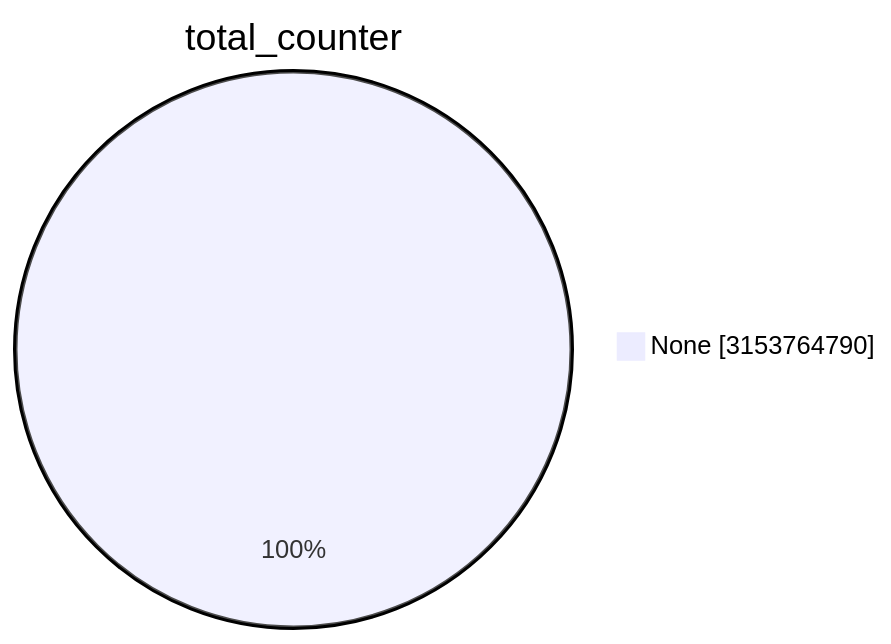
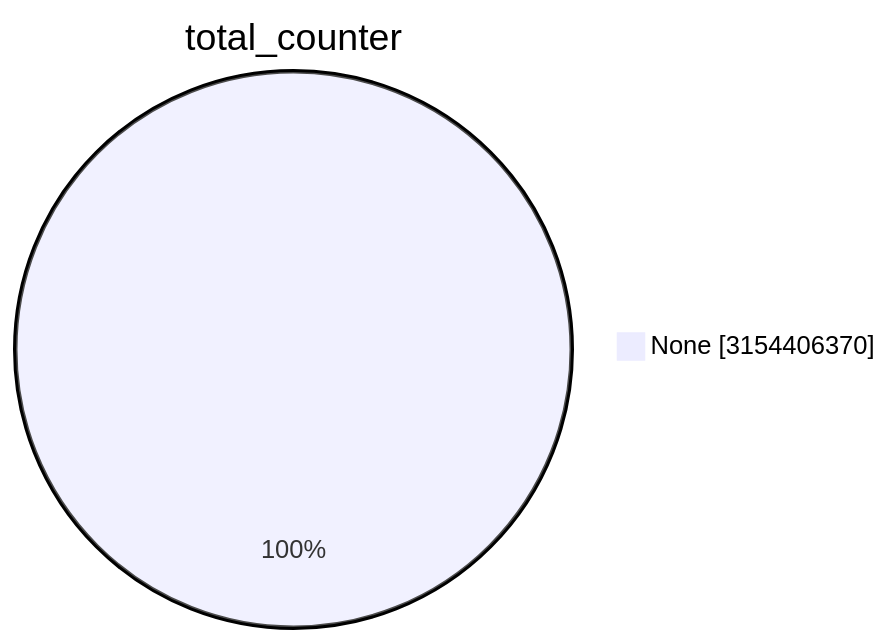
Before and after one commit to christiankrug/ctmonitor_visualization: the first of 15 diagrams in TOTAL/README.md, drawn with Mermaid. The commit also changed other lines of this file, not shown here.

````diff
--- a/TOTAL/README.md
+++ b/TOTAL/README.md
@@ -1,5 +1,5 @@
 ```mermaid
 pie showData
 title total_counter
-"None" :3153764790
+"None" :3154406370
 ```
````
